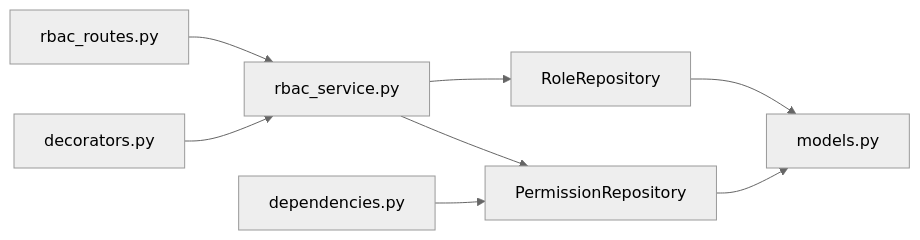
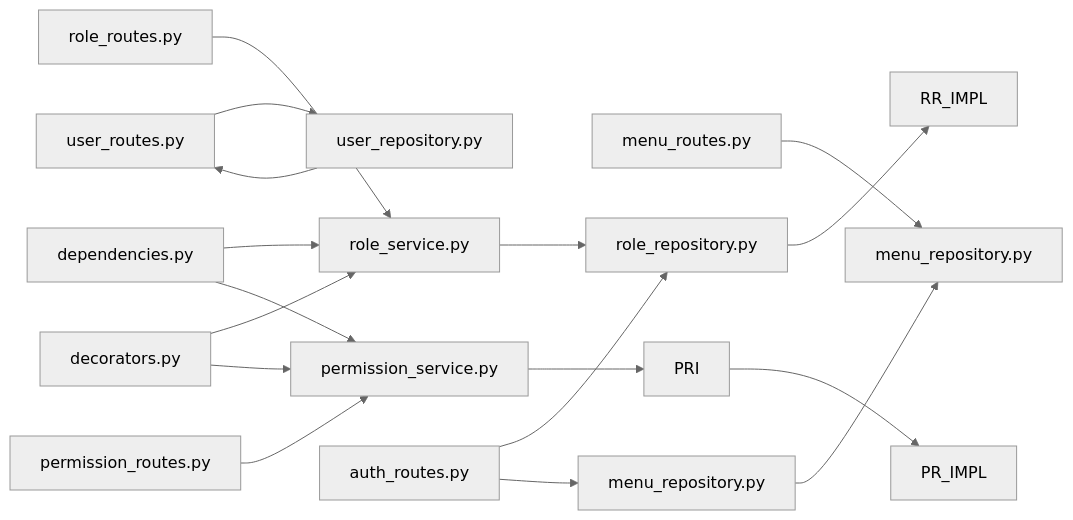
Before and after one commit to taoweidong/Hello-FastApi: the sixth of 6 diagrams in .qoder/repowiki/zh/content/API 接口文档/RBAC 权限管理接口.md, drawn with Mermaid (neutral theme). The commit also changed other lines of this file and 9 other files, not shown here.

````diff
--- a/.qoder/repowiki/zh/content/API 接口文档/RBAC 权限管理接口.md
+++ b/.qoder/repowiki/zh/content/API 接口文档/RBAC 权限管理接口.md
@@ -447,10 +442,19 @@
 ```mermaid
 graph LR
-R["rbac_routes.py"] --> S["rbac_service.py"]
-S --> RR["RoleRepository"]
-S --> PR["PermissionRepository"]
-RR --> M["models.py"]
-PR --> M
-D["dependencies.py"] --> PR
-DEC["decorators.py"] --> S
+RR["role_routes.py"] --> RS["role_service.py"]
+PR["permission_routes.py"] --> PS["permission_service.py"]
+MR["menu_routes.py"] --> MR_IMPL["menu_repository.py"]
+UR["user_routes.py"] --> UR_IMPL["user_repository.py"]
+AR["auth_routes.py"] --> RRI["role_repository.py"]
+AR --> MRI["menu_repository.py"]
+RS --> RRI
+PS --> PRI
+RRI --> RR_IMPL
+PRI --> PR_IMPL
+MRI --> MR_IMPL
+UR_IMPL --> UR
+D["dependencies.py"] --> RS
+D --> PS
+DEC["decorators.py"] --> RS
+DEC --> PS
 ```
````
